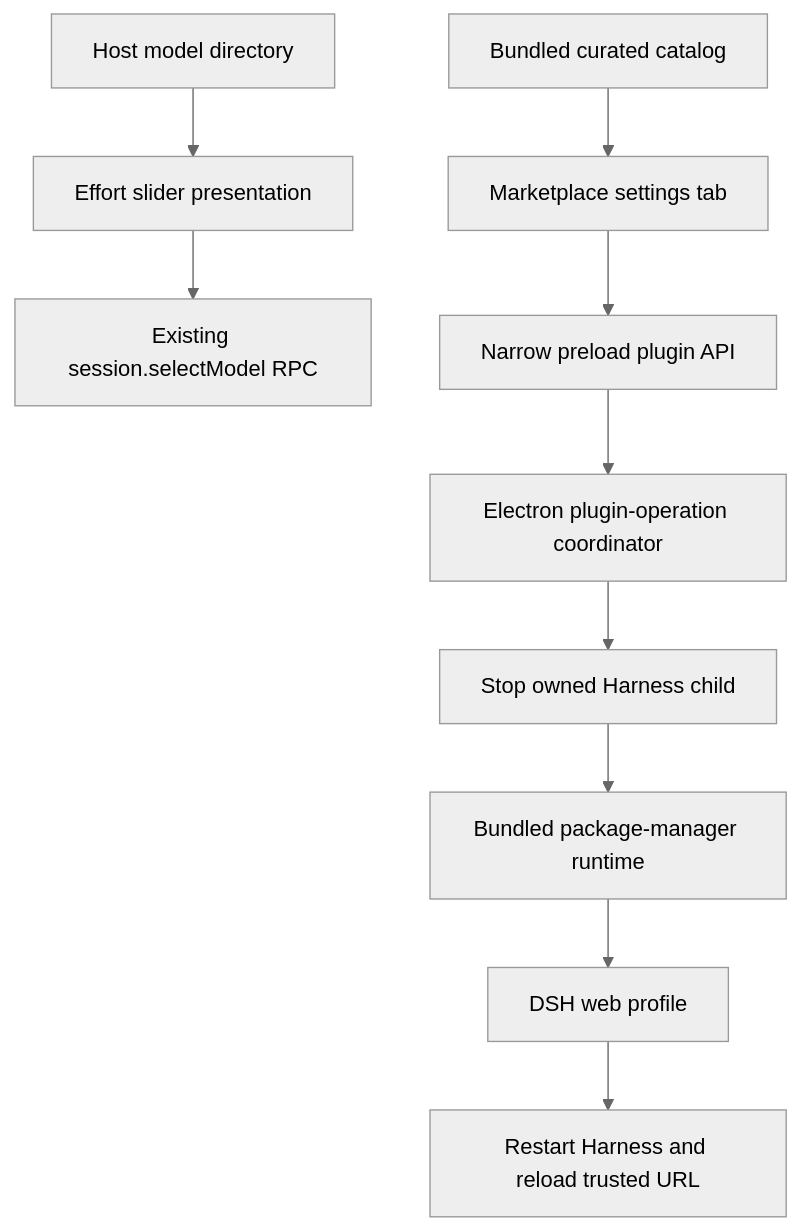
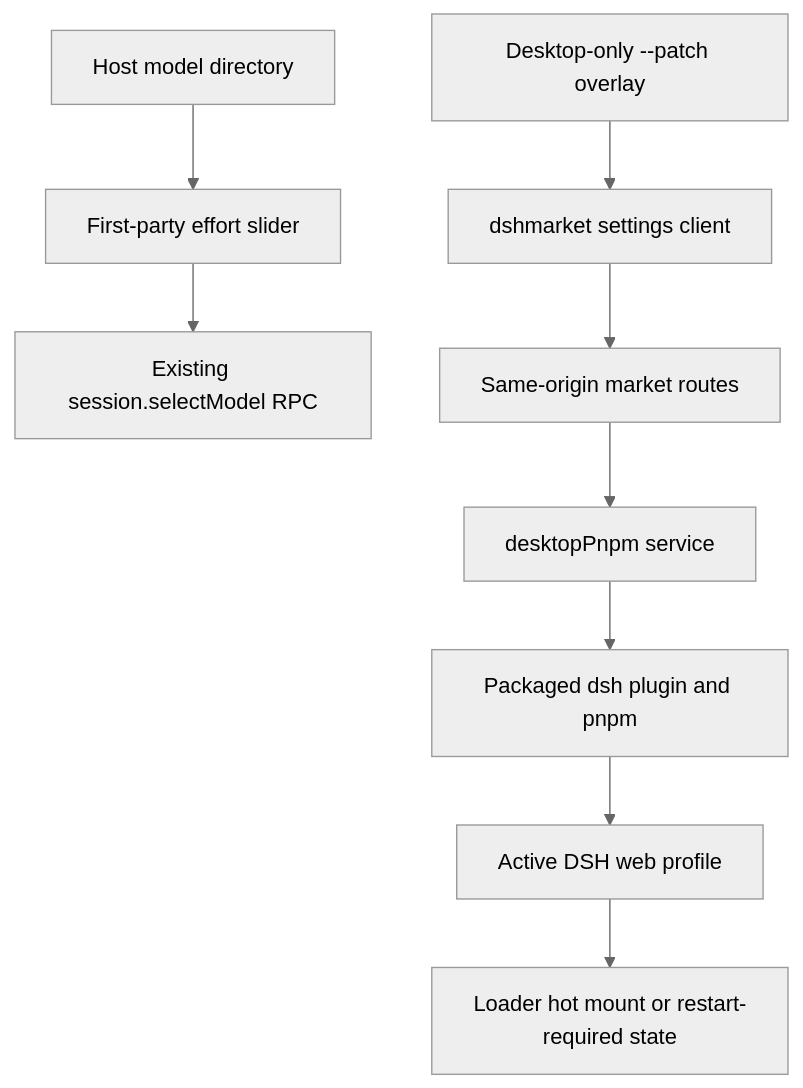
The diagram in docs/superpowers/specs/2026-08-17-deepseek-harness-effort-slider-plugin-market-design.md (Missher12/deepseek-harness-desktop), drawn with Mermaid (neutral theme) before and after one commit. The commit also changed other lines of this file and 57 other files, not shown here.

Commit message:
feat: add plugin market and effort landscape

````diff
--- a/docs/superpowers/specs/2026-08-17-deepseek-harness-effort-slider-plugin-market-design.md
+++ b/docs/superpowers/specs/2026-08-17-deepseek-harness-effort-slider-plugin-market-design.md
@@ -29,12 +30,11 @@
 ```mermaid
 flowchart TD
-    M["Host model directory"] --> S["Effort slider presentation"]
+    M["Host model directory"] --> S["First-party effort slider"]
     S --> R["Existing session.selectModel RPC"]
-    C["Bundled curated catalog"] --> U["Marketplace settings tab"]
-    U --> B["Narrow preload plugin API"]
-    B --> D["Electron plugin-operation coordinator"]
-    D --> X["Stop owned Harness child"]
-    X --> P["Bundled package-manager runtime"]
-    P --> H["DSH web profile"]
-    H --> Y["Restart Harness and reload trusted URL"]
+    O["Desktop-only --patch overlay"] --> U["dshmarket settings client"]
+    U --> H["Same-origin market routes"]
+    H --> P["desktopPnpm service"]
+    P --> C["Packaged dsh plugin and pnpm"]
+    C --> A["Active DSH web profile"]
+    A --> L["Loader hot mount or restart-required state"]
 ```
````
